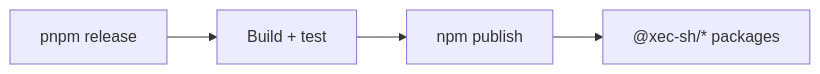
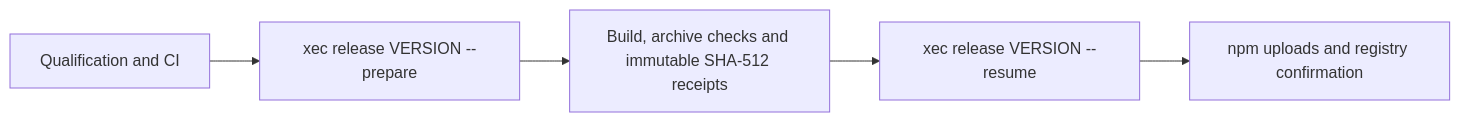
The fifth of 5 diagrams in website/docs/introduction/architecture.md (xec-sh/xec), drawn with Mermaid before and after one commit. The commit also changed other lines of this file and 16 other files, not shown here.

````diff
--- a/website/docs/introduction/architecture.md
+++ b/website/docs/introduction/architecture.md
@@ -485,6 +485,7 @@
 ```mermaid
 flowchart LR
-    A["pnpm release"] --> B["Build + test"]
-    B --> C["npm publish"]
-    C --> D["@xec-sh/* packages"]
+    A["Qualification and CI"] --> B["xec release VERSION --prepare"]
+    B --> C["Build, archive checks and immutable SHA-512 receipts"]
+    C --> D["xec release VERSION --resume"]
+    D --> E["npm uploads and registry confirmation"]
 ```
````
